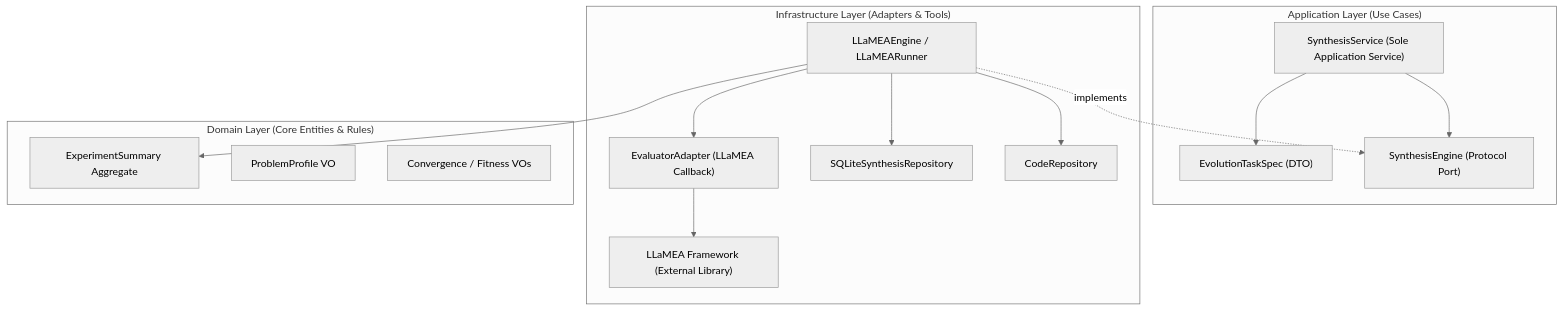
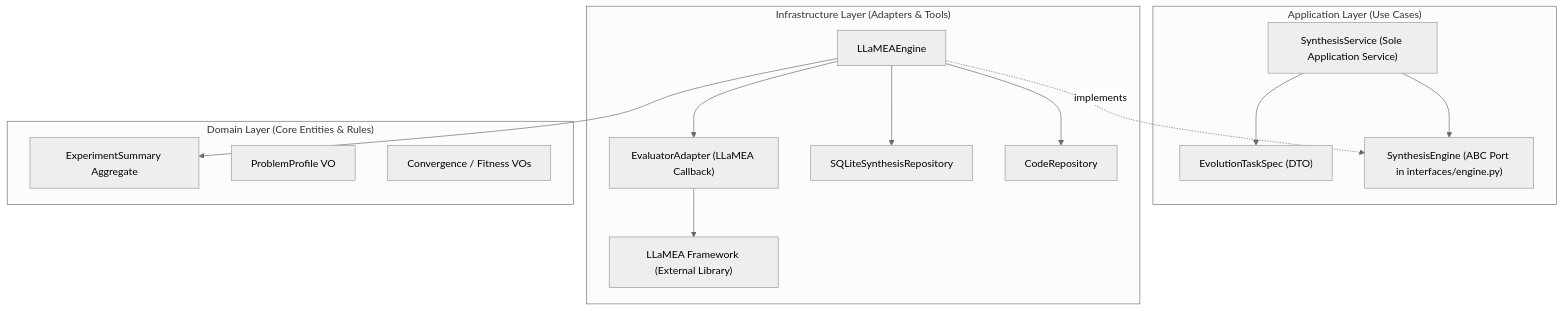
The diagram in dd.md (Nicola-Ibrahim/AAD_LLM), drawn with Mermaid (neutral theme) before and after one commit. The commit also changed 27 other files, not shown here.

Commit message:
refactor: modularize synthesis service with engine abstraction and BaseLogger interface

````diff
--- a/dd.md
+++ b/dd.md
@@ -11,31 +11,31 @@
 ```mermaid
 graph TD
     subgraph AppLayer ["Application Layer (Use Cases)"]
         Service["SynthesisService (Sole Application Service)"]
         TaskSpec["EvolutionTaskSpec (DTO)"]
-        EnginePort["SynthesisEngine (Protocol Port)"]
+        EnginePort["SynthesisEngine (ABC Port in interfaces/engine.py)"]
     end
 
     subgraph InfraLayer ["Infrastructure Layer (Adapters & Tools)"]
-        LLaMEAEngine["LLaMEAEngine / LLaMEARunner"]
+        LLaMEAEngine["LLaMEAEngine"]
         EvaluatorAdapter["EvaluatorAdapter (LLaMEA Callback)"]
         ExtLLaMEA["LLaMEA Framework (External Library)"]
         SQLiteRepo["SQLiteSynthesisRepository"]
         CodeRepo["CodeRepository"]
     end
 
     subgraph DomainLayer ["Domain Layer (Core Entities & Rules)"]
         Summary["ExperimentSummary Aggregate"]
         Profile["ProblemProfile VO"]
         Conv["Convergence / Fitness VOs"]
     end
 
     Service --> EnginePort
     Service --> TaskSpec
     LLaMEAEngine -.->|implements| EnginePort
     LLaMEAEngine --> EvaluatorAdapter
     EvaluatorAdapter --> ExtLLaMEA
     LLaMEAEngine --> Summary
     LLaMEAEngine --> SQLiteRepo
     LLaMEAEngine --> CodeRepo
 ```
````
